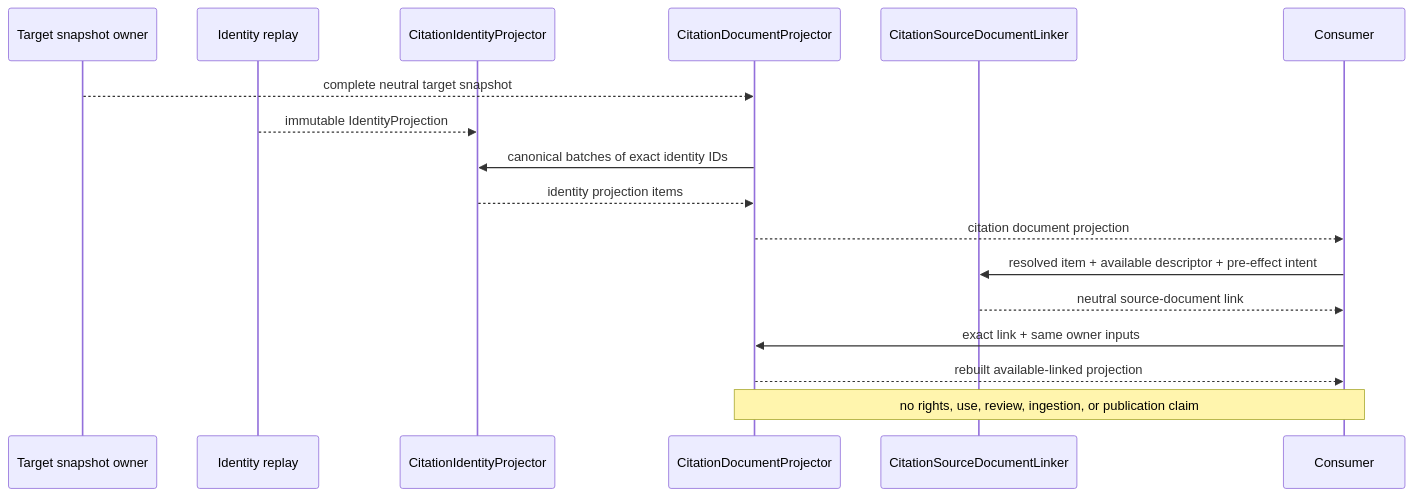
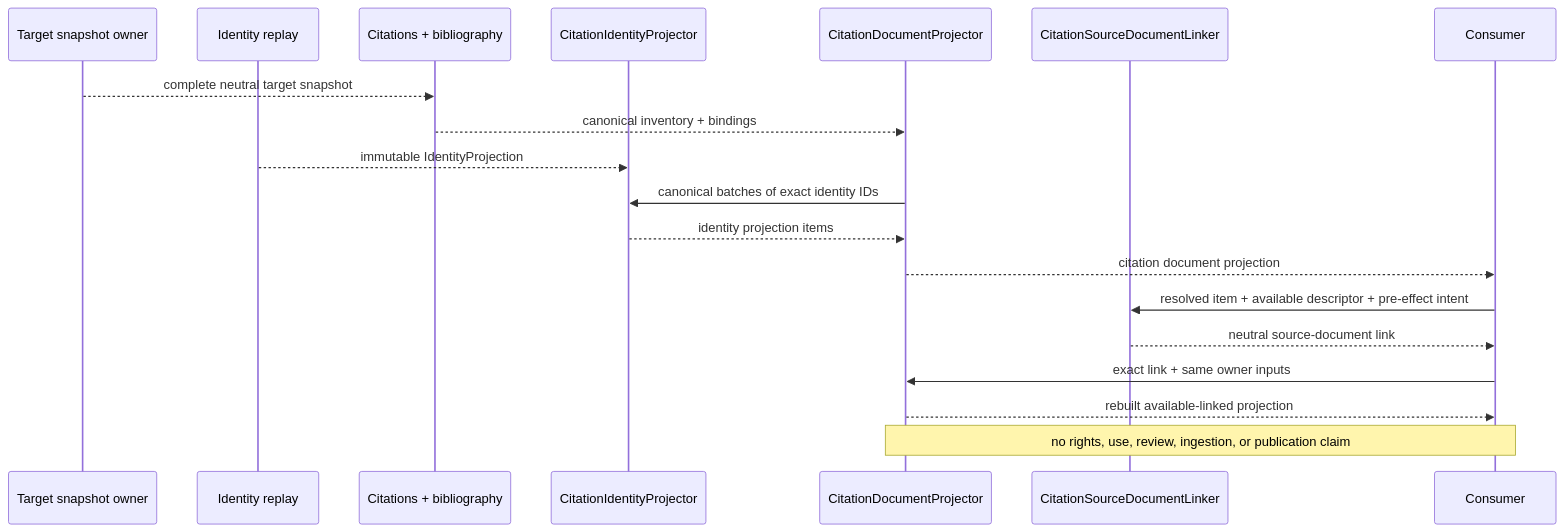
The diagram in docs/architecture/projectkoios/references/implementation.md (eragasa/projectkoios-references), drawn with Mermaid before and after one commit. The commit also changed other lines of this file and 39 other files, not shown here.

````diff
--- a/docs/architecture/projectkoios/references/implementation.md
+++ b/docs/architecture/projectkoios/references/implementation.md
@@ -8,19 +9,21 @@
 ```mermaid
 sequenceDiagram
     participant T as Target snapshot owner
     participant R as Identity replay
+    participant Q as Citations + bibliography
     participant I as CitationIdentityProjector
     participant D as CitationDocumentProjector
     participant L as CitationSourceDocumentLinker
     participant C as Consumer
-    T-->>D: complete neutral target snapshot
+    T-->>Q: complete neutral target snapshot
+    Q-->>D: canonical inventory + bindings
     R-->>I: immutable IdentityProjection
     D->>I: canonical batches of exact identity IDs
     I-->>D: identity projection items
     D-->>C: citation document projection
     C->>L: resolved item + available descriptor + pre-effect intent
     L-->>C: neutral source-document link
     C->>D: exact link + same owner inputs
     D-->>C: rebuilt available-linked projection
     Note over D,C: no rights, use, review, ingestion, or publication claim
 ```
````
